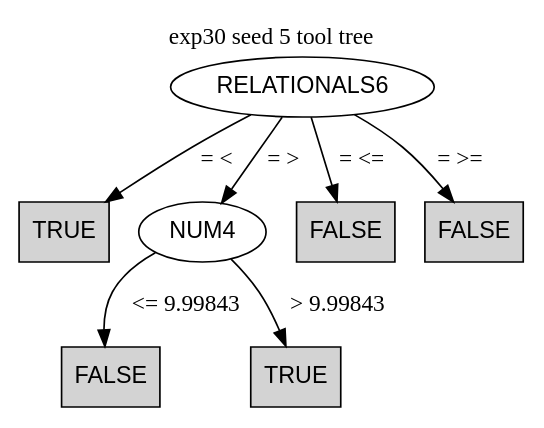
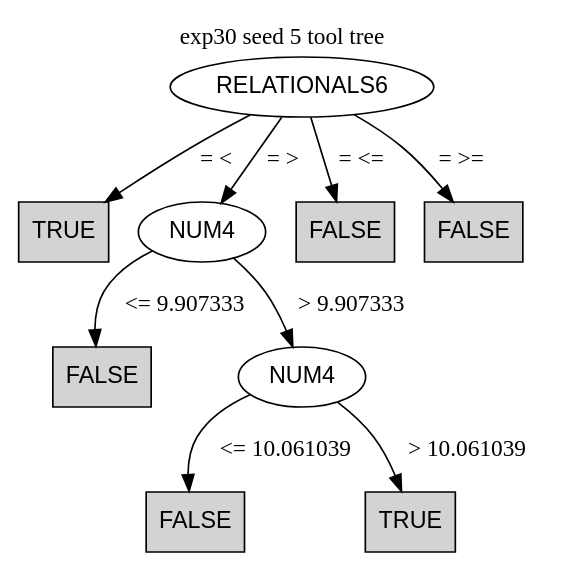
Before and after one commit to rdinizcal/Diagnosis-replication-package: the diagram in derived_results/tool_trees/exp30/seed5/tool_tree.dot, drawn with Graphviz. The commit also changed 666 other files, not shown here.

```diff
--- a/derived_results/tool_trees/exp30/seed5/tool_tree.dot
+++ b/derived_results/tool_trees/exp30/seed5/tool_tree.dot
@@ -1,18 +1,22 @@
 digraph J48Tree {
 rankdir=TB;
 node [fontname=Helvetica];
 label="exp30 seed 5 tool tree"; labelloc=t;
 N0 [label="RELATIONALS6",shape=ellipse];
 N1 [label="TRUE",shape=box,style=filled,fillcolor=lightgray];
 N2 [label="NUM4",shape=ellipse];
 N3 [label="FALSE",shape=box,style=filled,fillcolor=lightgray];
-N4 [label="TRUE",shape=box,style=filled,fillcolor=lightgray];
+N4 [label="NUM4",shape=ellipse];
 N5 [label="FALSE",shape=box,style=filled,fillcolor=lightgray];
-N6 [label="FALSE",shape=box,style=filled,fillcolor=lightgray];
+N6 [label="TRUE",shape=box,style=filled,fillcolor=lightgray];
+N7 [label="FALSE",shape=box,style=filled,fillcolor=lightgray];
+N8 [label="FALSE",shape=box,style=filled,fillcolor=lightgray];
 N0 -> N1 [label="= <"];
 N0 -> N2 [label="= >"];
-N2 -> N3 [label="<= 9.99843"];
-N2 -> N4 [label="> 9.99843"];
-N0 -> N5 [label="= <="];
-N0 -> N6 [label="= >="];
+N2 -> N3 [label="<= 9.907333"];
+N2 -> N4 [label="> 9.907333"];
+N4 -> N5 [label="<= 10.061039"];
+N4 -> N6 [label="> 10.061039"];
+N0 -> N7 [label="= <="];
+N0 -> N8 [label="= >="];
 }
```
